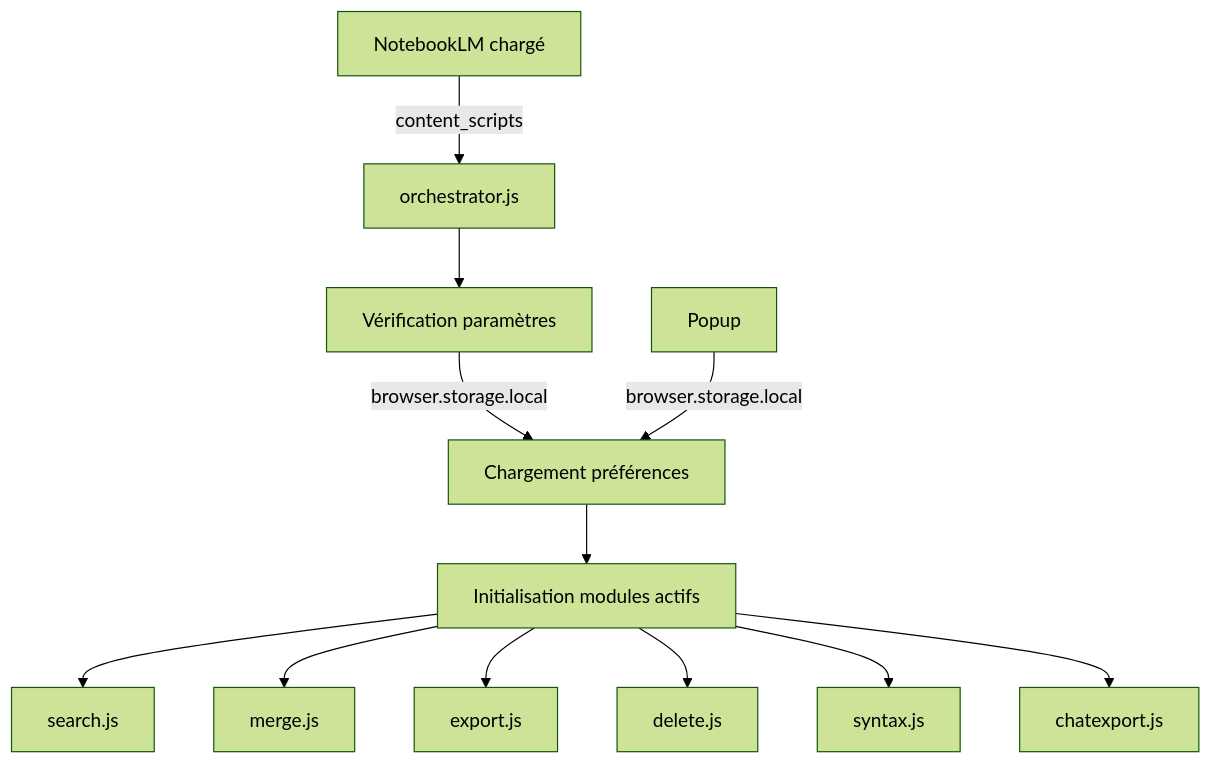
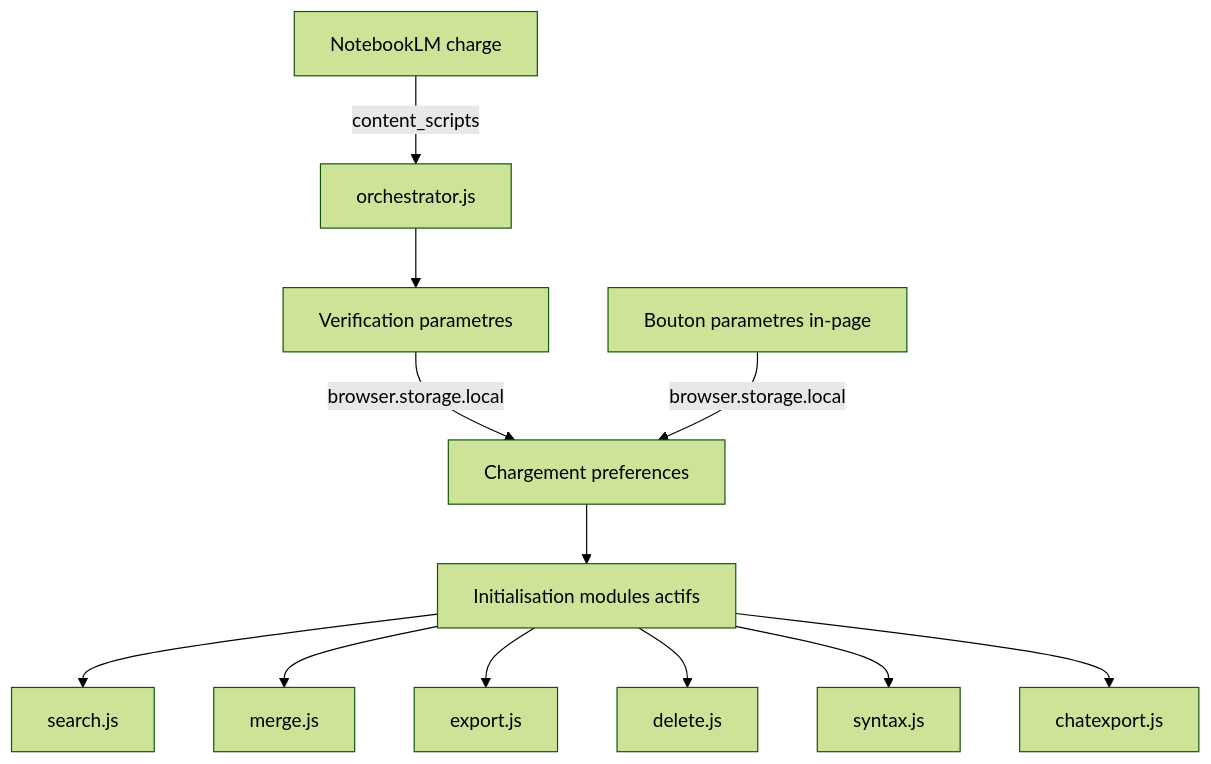
Before and after one commit to mtfkarukera/magic-manager: the diagram in ARCHITECTURE.md, drawn with Mermaid (forest theme). The commit also changed other lines of this file and 9 other files, not shown here.

````diff
--- a/ARCHITECTURE.md
+++ b/ARCHITECTURE.md
@@ -55,14 +55,14 @@
 ```mermaid
 graph TD
-    A["NotebookLM chargé"] -->|"content_scripts"| B["orchestrator.js"]
-    B --> C["Vérification paramètres"]
-    C -->|"browser.storage.local"| D["Chargement préférences"]
+    A["NotebookLM charge"] -->|"content_scripts"| B["orchestrator.js"]
+    B --> C["Verification parametres"]
+    C -->|"browser.storage.local"| D["Chargement preferences"]
     D --> E["Initialisation modules actifs"]
     E --> F["search.js"]
     E --> G["merge.js"]
     E --> H["export.js"]
     E --> I["delete.js"]
     E --> J["syntax.js"]
     E --> K["chatexport.js"]
-    L["Popup"] -->|"browser.storage.local"| D
+    L["Bouton parametres in-page"] -->|"browser.storage.local"| D
 ```
````
